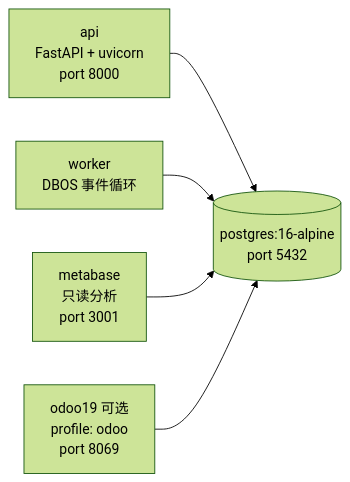
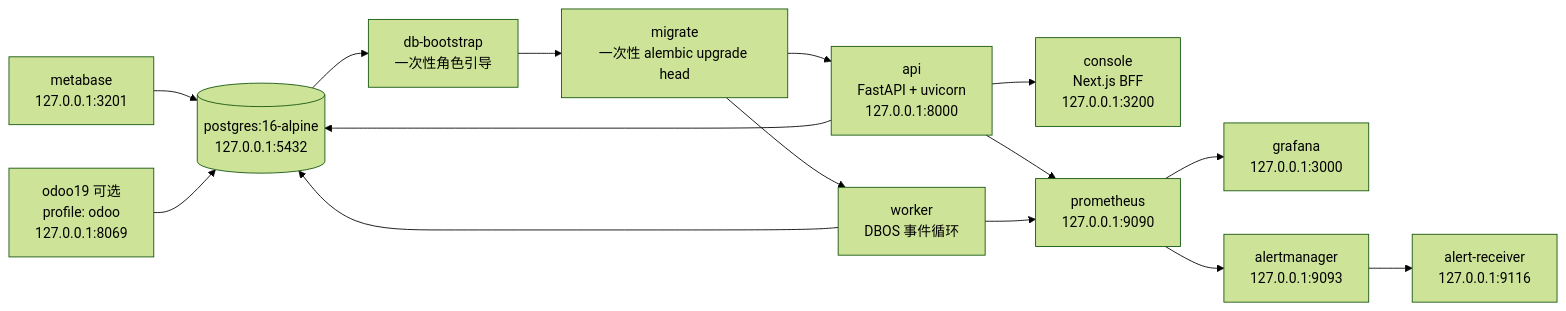
The diagram in infra/README.md (ratiolin/commerce-orchestrator), drawn with Mermaid (forest theme) before and after one commit. The commit also changed other lines of this file and 125 other files, not shown here.

````diff
--- a/infra/README.md
+++ b/infra/README.md
@@ -15,13 +27,28 @@
 ```mermaid
 flowchart LR
-    PG[(postgres:16-alpine\nport 5432)]
-    API[api\nFastAPI + uvicorn\nport 8000]
+    PG[(postgres:16-alpine\n127.0.0.1:5432)]
+    DBB[db-bootstrap\n一次性角色引导]
+    MIG[migrate\n一次性 alembic upgrade head]
+    API[api\nFastAPI + uvicorn\n127.0.0.1:8000]
     WK[worker\nDBOS 事件循环]
-    MB[metabase\n只读分析\nport 3001]
-    OD[odoo19 可选\nprofile: odoo\nport 8069]
+    CON[console\nNext.js BFF\n127.0.0.1:3200]
+    PRO[prometheus\n127.0.0.1:9090]
+    GRA[grafana\n127.0.0.1:3000]
+    AM[alertmanager\n127.0.0.1:9093]
+    AR[alert-receiver\n127.0.0.1:9116]
+    MB[metabase\n127.0.0.1:3201]
+    OD[odoo19 可选\nprofile: odoo\n127.0.0.1:8069]
 
+    PG --> DBB --> MIG
+    MIG --> API
+    MIG --> WK
     API --> PG
     WK --> PG
+    API --> CON
+    API --> PRO
+    WK --> PRO
+    PRO --> GRA
+    PRO --> AM --> AR
     MB --> PG
     OD --> PG
 ```
````
